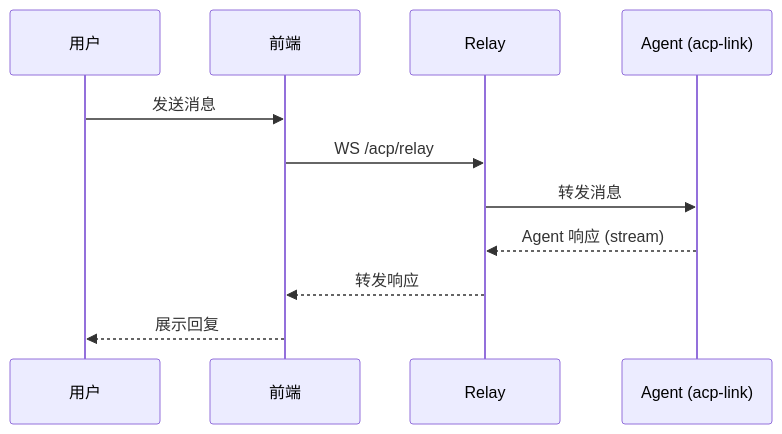
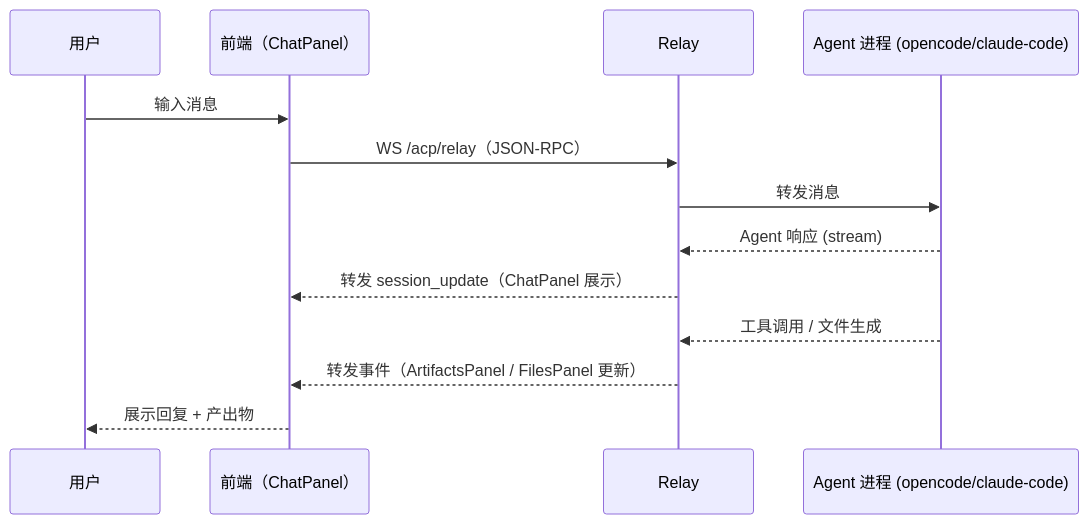
One commit to HuangPuStar/FenixAgent changed the second of 4 diagrams in docs/arch/05-chat.md. Above: the diagram before and after it, drawn with Mermaid. The commit also changed other lines of this file and 5 other files, not shown here.

First line of the commit message:
docs(arch): acp-link 概念收缩 + Agent 界面重写 + 资源注入

````diff
--- a/docs/arch/05-chat.md
+++ b/docs/arch/05-chat.md
@@ -23,14 +44,16 @@
 ```mermaid
 sequenceDiagram
     participant U as 用户
-    participant FE as 前端
+    participant FE as 前端（ChatPanel）
     participant R as Relay
-    participant A as Agent (acp-link)
+    participant A as Agent 进程 (opencode/claude-code)
 
-    U->>FE: 发送消息
-    FE->>R: WS /acp/relay
+    U->>FE: 输入消息
+    FE->>R: WS /acp/relay（JSON-RPC）
     R->>A: 转发消息
     A-->>R: Agent 响应 (stream)
-    R-->>FE: 转发响应
-    FE-->>U: 展示回复
+    R-->>FE: 转发 session_update（ChatPanel 展示）
+    A-->>R: 工具调用 / 文件生成
+    R-->>FE: 转发事件（ArtifactsPanel / FilesPanel 更新）
+    FE-->>U: 展示回复 + 产出物
 ```
````
